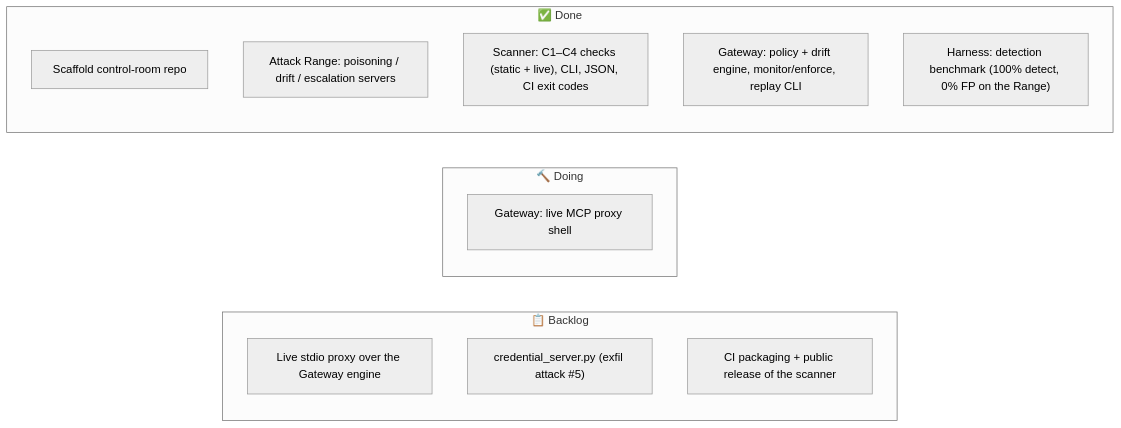
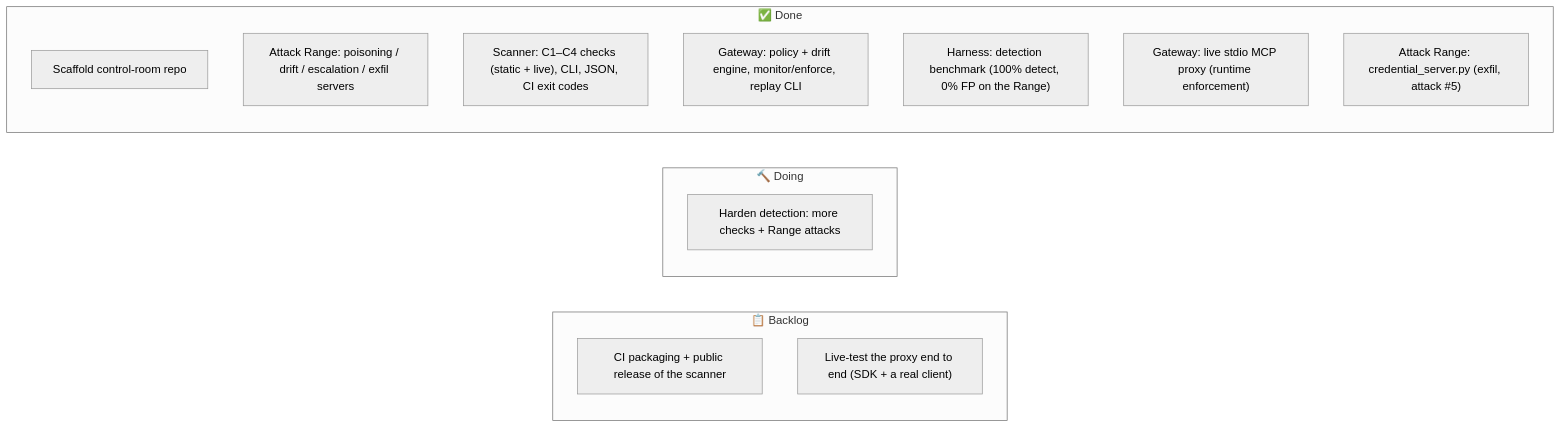
The diagram in shiva/docs/progress.md (rudraxdevelopment98-cell/RD-AISEC), drawn with Mermaid (neutral theme) before and after one commit. The commit also changed 6 other files, not shown here.

First line of the commit message:
Shiva: live gateway proxy + credential-exfil Range server (attack #5)

````diff
--- a/shiva/docs/progress.md
+++ b/shiva/docs/progress.md
@@ -13,18 +13,19 @@
 ```mermaid
 flowchart LR
     subgraph BACKLOG["📋 Backlog"]
-        b1["Live stdio proxy over the Gateway engine"]
-        b3["credential_server.py (exfil attack #5)"]
         b4["CI packaging + public release of the scanner"]
+        b5["Live-test the proxy end to end (SDK + a real client)"]
     end
     subgraph DOING["🔨 Doing"]
-        d1["Gateway: live MCP proxy shell"]
+        d1["Harden detection: more checks + Range attacks"]
     end
     subgraph DONE["✅ Done"]
         e1["Scaffold control-room repo"]
-        e2["Attack Range: poisoning / drift / escalation servers"]
+        e2["Attack Range: poisoning / drift / escalation / exfil servers"]
         e3["Scanner: C1–C4 checks (static + live), CLI, JSON, CI exit codes"]
         e4["Gateway: policy + drift engine, monitor/enforce, replay CLI"]
         e5["Harness: detection benchmark (100% detect, 0% FP on the Range)"]
+        e6["Gateway: live stdio MCP proxy (runtime enforcement)"]
+        e7["Attack Range: credential_server.py (exfil, attack #5)"]
     end
 ```
````
